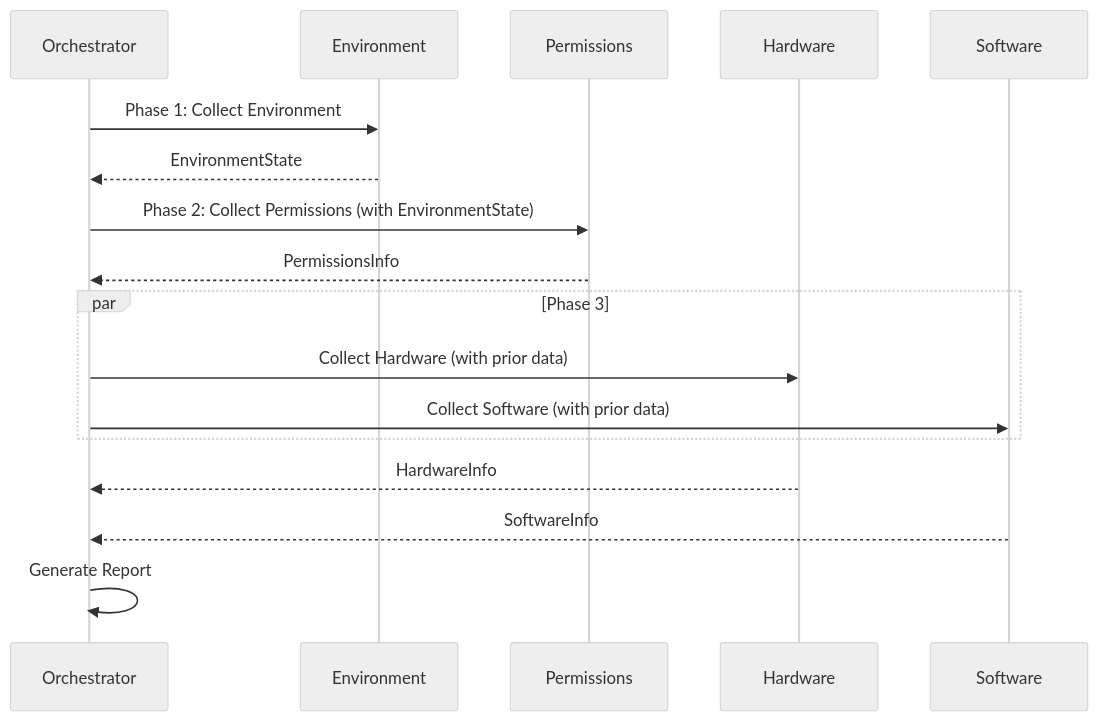
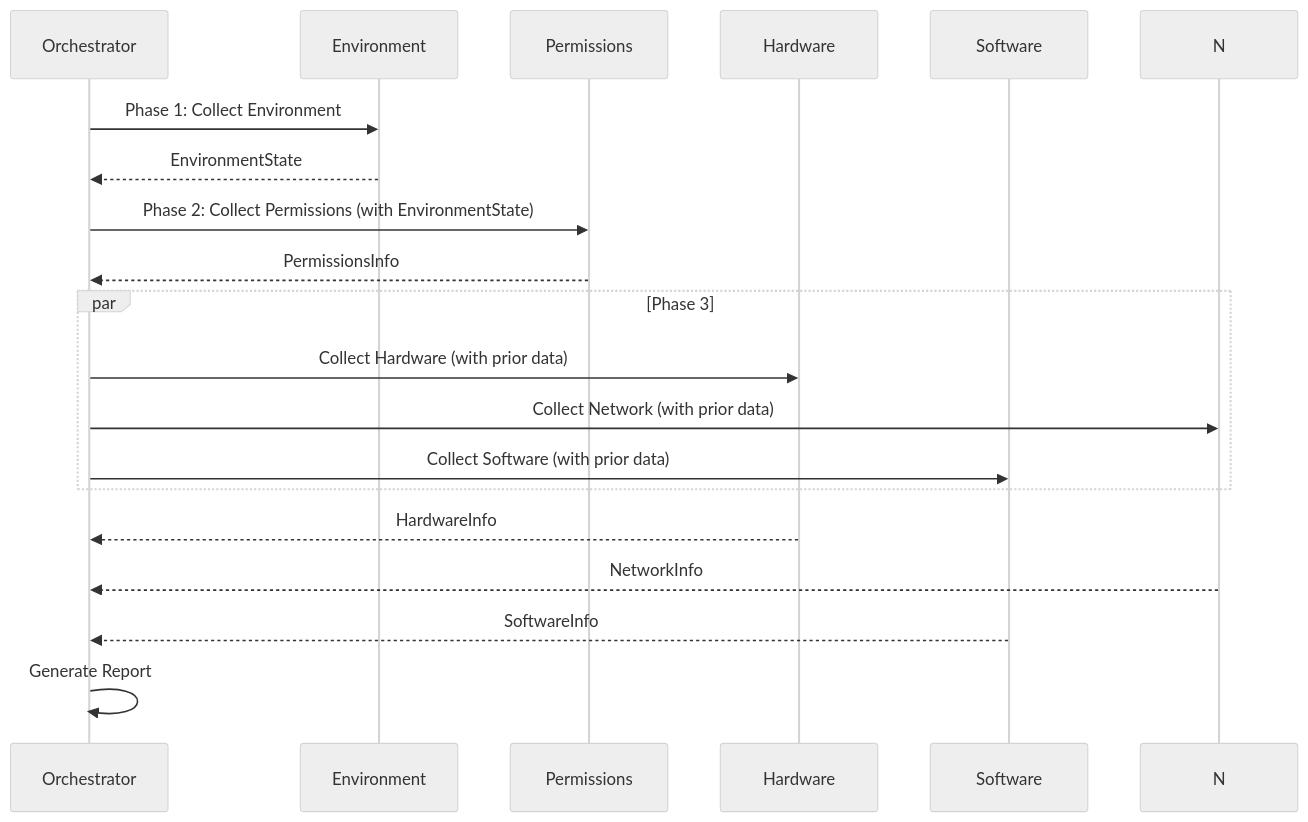
One commit to nullroute-commits/ultimate_info_gather changed the diagram in docs/guide/overview.md. Above: the diagram before and after it, drawn with Mermaid (neutral theme). The commit also changed other lines of this file and 13 other files, not shown here.

````diff
--- a/docs/guide/overview.md
+++ b/docs/guide/overview.md
@@ -16,20 +16,22 @@
 ```mermaid
 sequenceDiagram
     participant O as Orchestrator
     participant E as Environment
     participant P as Permissions
     participant H as Hardware
     participant S as Software
     
     O->>E: Phase 1: Collect Environment
     E-->>O: EnvironmentState
     O->>P: Phase 2: Collect Permissions (with EnvironmentState)
     P-->>O: PermissionsInfo
     par Phase 3
         O->>H: Collect Hardware (with prior data)
+        O->>N: Collect Network (with prior data)
         O->>S: Collect Software (with prior data)
     end
     H-->>O: HardwareInfo
+    N-->>O: NetworkInfo
     S-->>O: SoftwareInfo
     O->>O: Generate Report
 ```
````
